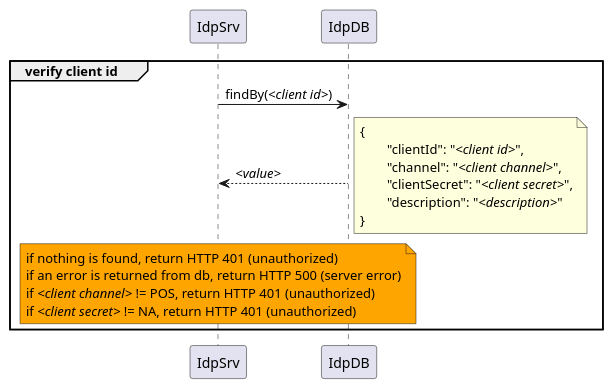
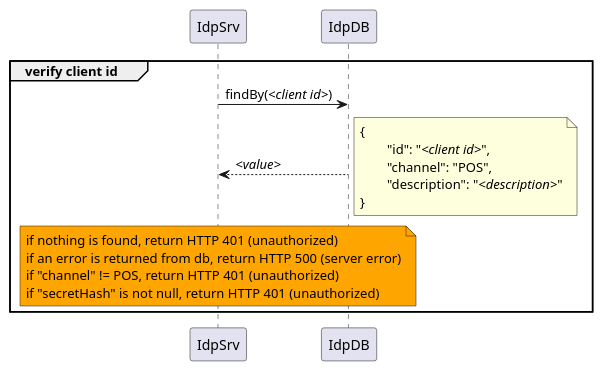
The diagram in sequence_diags/auth/pos/verify_client_id.puml (pagopa/mil-diags), drawn with PlantUML before and after one commit. The commit also changed 16 other files, not shown here.

```diff
--- a/sequence_diags/auth/pos/verify_client_id.puml
+++ b/sequence_diags/auth/pos/verify_client_id.puml
@@ -1,22 +1,21 @@
 @startuml
 group verify client id
 	IdpSrv -> IdpDB : findBy(//<client id>//)
 
 		IdpDB --> IdpSrv : //<value>//
 		note right
 			{
-				"clientId": "//<client id>//",
-				"channel": "//<client channel>//",
-				"clientSecret": "//<client secret>//",
+				"id": "//<client id>//",
+				"channel": "POS",
 				"description": "//<description>//"
 			}
 		end note
 
 	note over IdpSrv #Orange
 		if nothing is found, return HTTP 401 (unauthorized)
 		if an error is returned from db, return HTTP 500 (server error)
-		if //<client channel>// != POS, return HTTP 401 (unauthorized)
-		if //<client secret>// != NA, return HTTP 401 (unauthorized)
+		if "channel" != POS, return HTTP 401 (unauthorized)
+		if "secretHash" is not null, return HTTP 401 (unauthorized)
 	end note
 end
 @enduml
```
